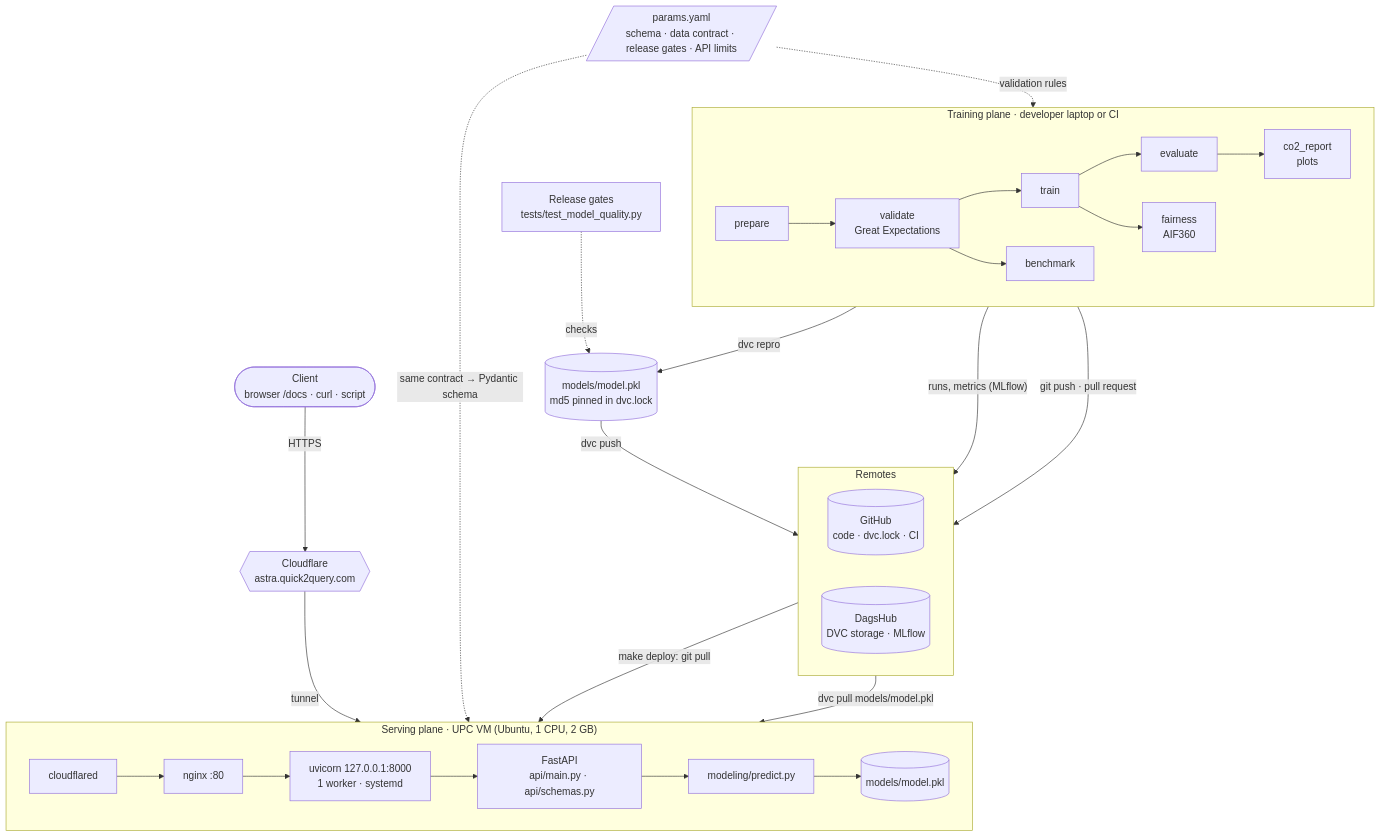
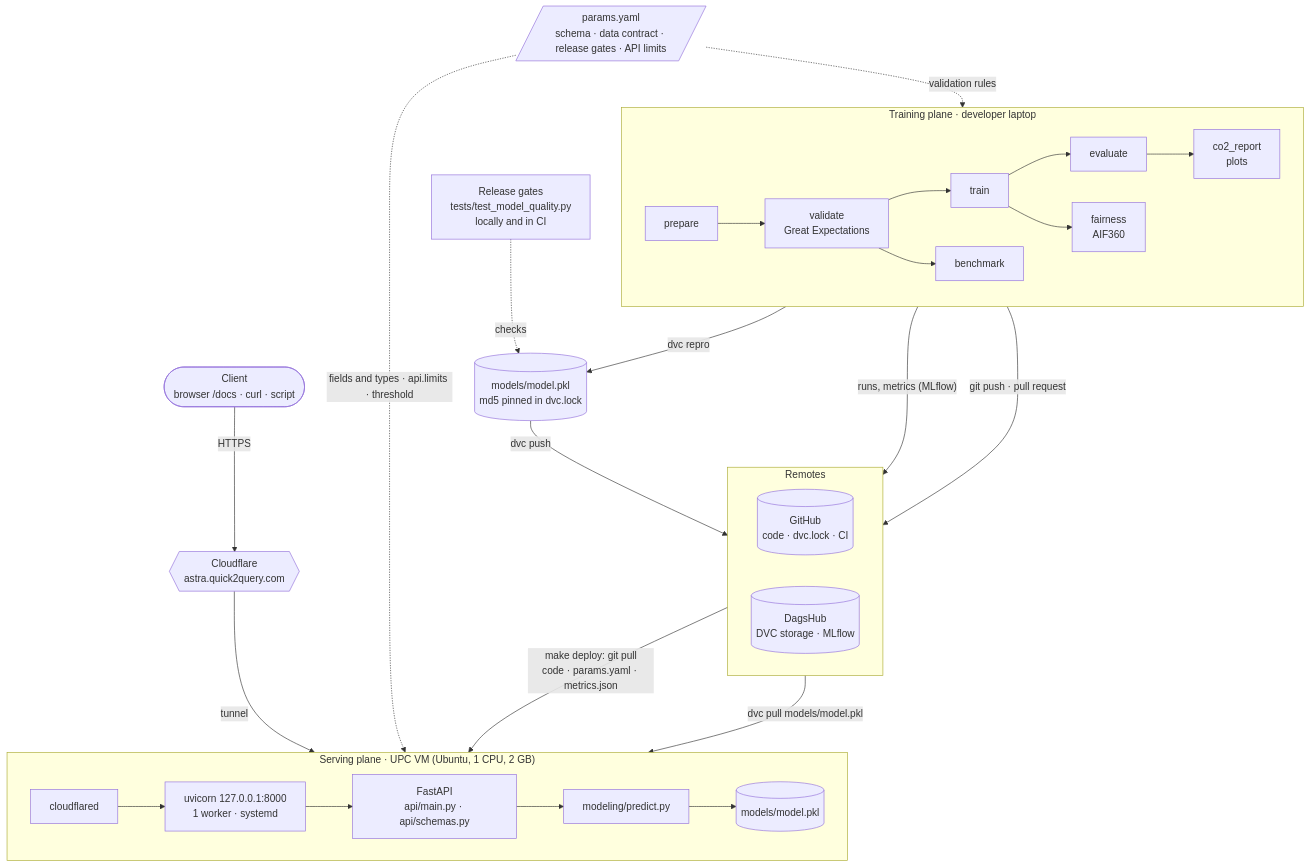
One commit to taed2-2627q1-gced-upc/taed2-astra changed the first of 2 diagrams in docs/system_design.md. Above: the diagram before and after it, drawn with Mermaid. The commit also changed other lines of this file and 8 other files, not shown here.

````diff
--- a/docs/system_design.md
+++ b/docs/system_design.md
@@ -23,37 +28,37 @@
 ```mermaid
 flowchart TB
     P[/"params.yaml<br/>schema · data contract · release gates · API limits"/]
 
-    subgraph TRAINING["Training plane · developer laptop or CI"]
+    subgraph TRAINING["Training plane · developer laptop"]
         direction LR
         PREP[prepare] --> VAL["validate<br/>Great Expectations"] --> TRAIN[train] --> EVAL[evaluate] --> CO2["co2_report<br/>plots"]
         VAL --> BENCH[benchmark]
         TRAIN --> FAIR["fairness<br/>AIF360"]
     end
 
     M[("models/model.pkl<br/>md5 pinned in dvc.lock")]
-    GATES["Release gates<br/>tests/test_model_quality.py"]
+    GATES["Release gates<br/>tests/test_model_quality.py<br/>locally and in CI"]
 
     subgraph REMOTES["Remotes"]
         direction LR
         GH[("GitHub<br/>code · dvc.lock · CI")]
         DH[("DagsHub<br/>DVC storage · MLflow")]
     end
 
     subgraph SERVING["Serving plane · UPC VM (Ubuntu, 1 CPU, 2 GB)"]
         direction LR
-        CFD[cloudflared] --> NGX["nginx :80"] --> UV["uvicorn 127.0.0.1:8000<br/>1 worker · systemd"] --> APP["FastAPI<br/>api/main.py · api/schemas.py"] --> PRED["modeling/predict.py"] --> MV[("models/model.pkl")]
+        CFD[cloudflared] --> UV["uvicorn 127.0.0.1:8000<br/>1 worker · systemd"] --> APP["FastAPI<br/>api/main.py · api/schemas.py"] --> PRED["modeling/predict.py"] --> MV[("models/model.pkl")]
     end
 
     CLIENT(["Client<br/>browser /docs · curl · script"]) -- HTTPS --> CF{{"Cloudflare<br/>astra.quick2query.com"}} -- tunnel --> SERVING
 
     P -. "validation rules" .-> TRAINING
     TRAINING -- "dvc repro" --> M
     GATES -. checks .-> M
     TRAINING -- "runs, metrics (MLflow)" --> DH
     M -- "dvc push" --> DH
     TRAINING -- "git push · pull request" --> GH
-    GH -- "make deploy: git pull" --> SERVING
+    GH -- "make deploy: git pull<br/>code · params.yaml · metrics.json" --> SERVING
     DH -- "dvc pull models/model.pkl" --> SERVING
-    P -. "same contract → Pydantic schema" .-> SERVING
+    P -. "fields and types · api.limits · threshold" .-> SERVING
 ```
````
